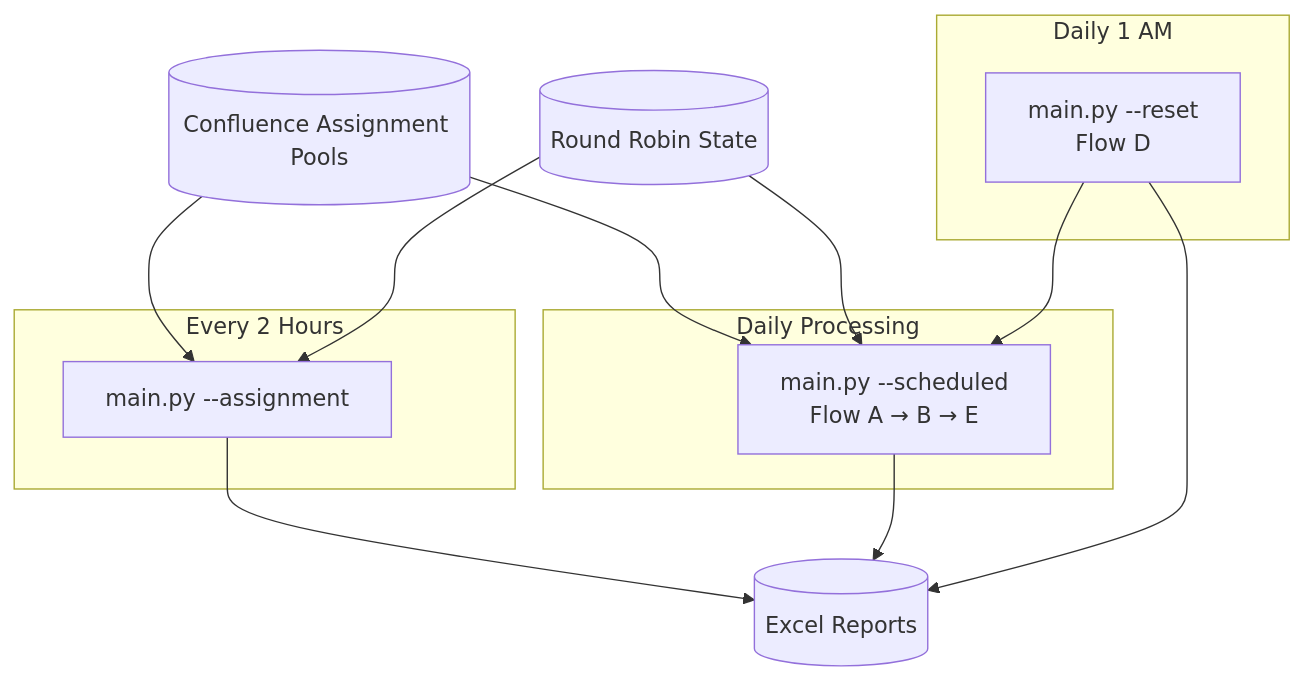
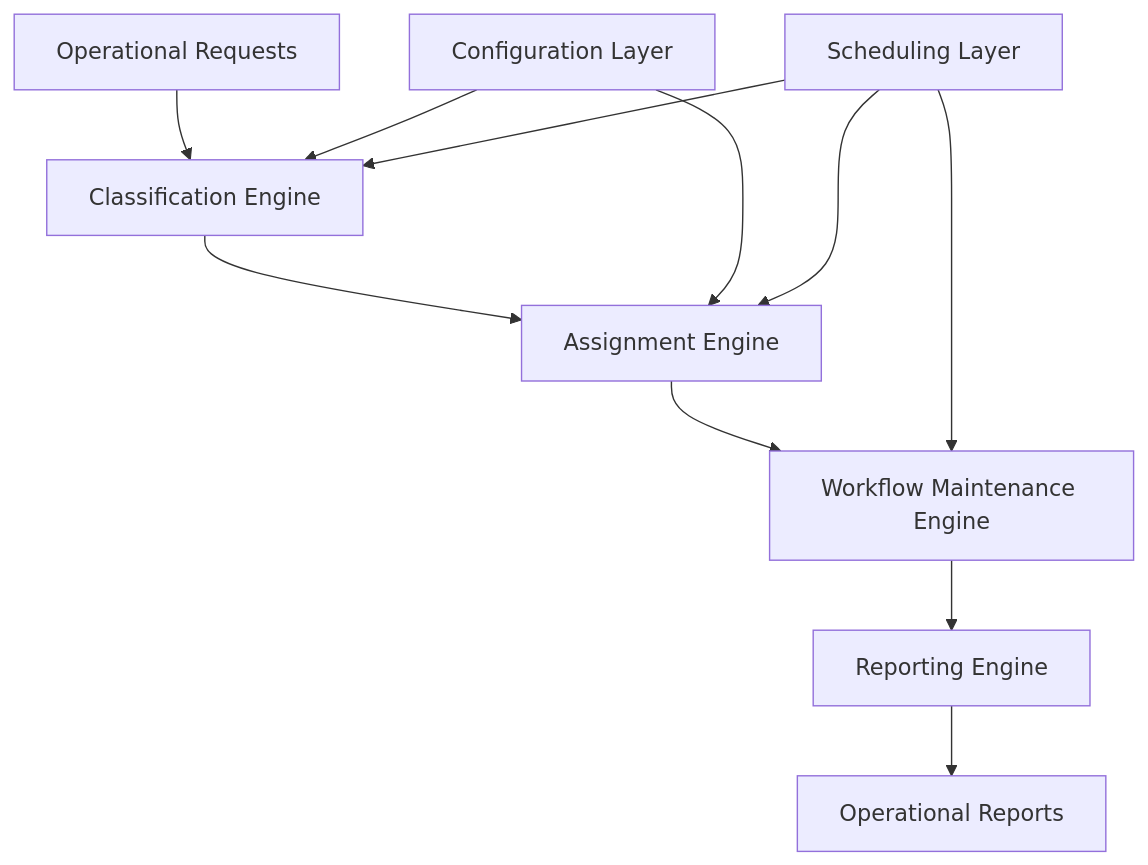
Before and after one commit to Raven0129/ai-automation-portfolio: the diagram in projects/    jira-automation-engine/README.md, drawn with Mermaid. The commit also changed other lines of this file, not shown here.

````diff
--- a/projects/    jira-automation-engine/README.md
+++ b/projects/    jira-automation-engine/README.md
@@ -84,33 +90,22 @@
 ```mermaid
 flowchart TD
 
-    subgraph Daily 1 AM
-        R[main.py --reset<br>Flow D]
-    end
+A[Operational Requests]
 
-    subgraph Daily Processing
-        S[main.py --scheduled<br>Flow A → B → E]
-    end
+A --> B[Classification Engine]
 
-    subgraph Every 2 Hours
-        A[main.py --assignment]
-    end
+B --> C[Assignment Engine]
 
-    C[(Confluence Assignment Pools)]
+C --> D[Workflow Maintenance Engine]
 
-    RR[(Round Robin State)]
+D --> E[Reporting Engine]
 
-    X[(Excel Reports)]
+F[Configuration Layer] --> B
+F --> C
 
-    C --> A
-    C --> S
+G[Scheduling Layer] --> B
+G --> C
+G --> D
 
-    RR --> A
-    RR --> S
-
-    R --> S
-
-    A --> X
-    S --> X
-    R --> X
+E --> H[Operational Reports]
 ```
````
